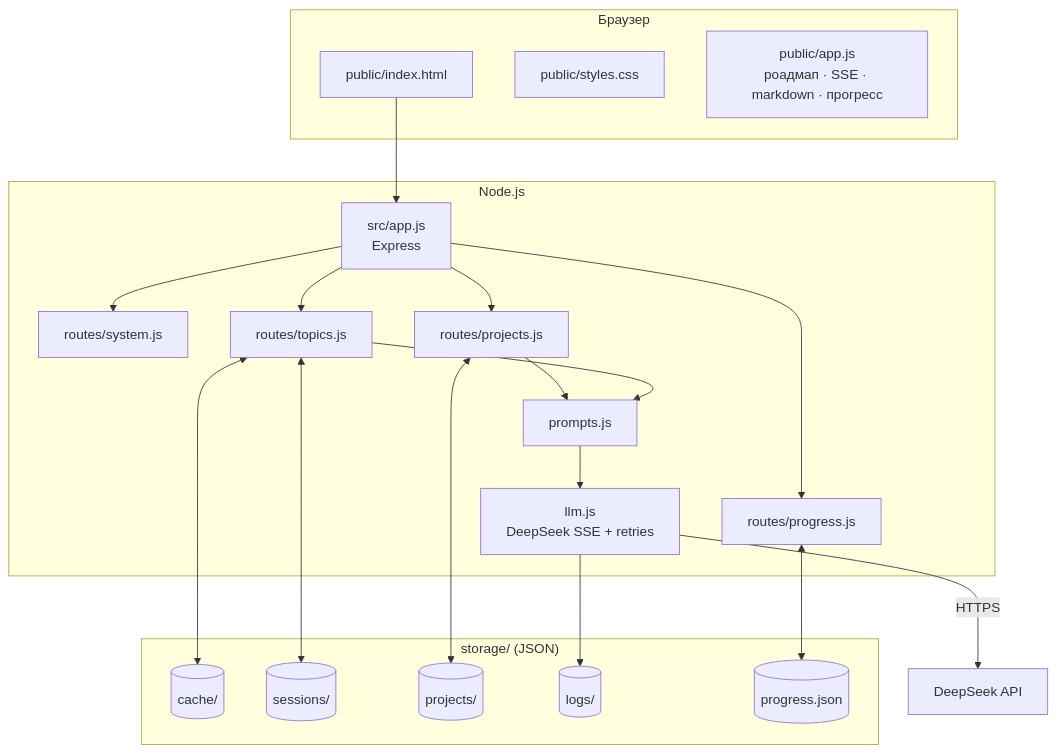
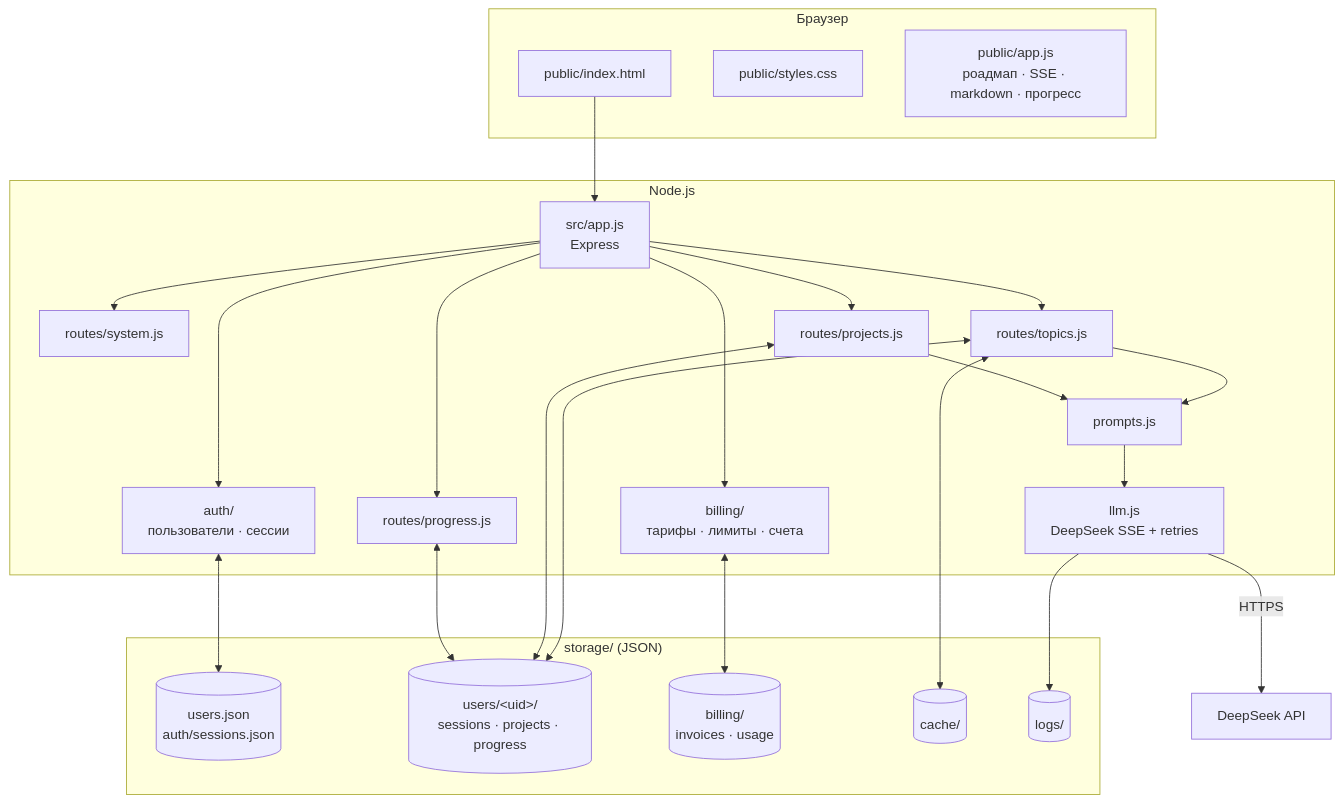
Before and after one commit to Qatrol/pathwright: the first of 2 diagrams in docs/ARCHITECTURE.md, drawn with Mermaid. The commit also changed other lines of this file and 41 other files, not shown here.

````diff
--- a/docs/ARCHITECTURE.md
+++ b/docs/ARCHITECTURE.md
@@ -7,36 +7,41 @@
 ```mermaid
 flowchart TB
   subgraph Browser["Браузер"]
     UI["public/index.html"]
     CSS["public/styles.css"]
     JS["public/app.js<br/>роадмап · SSE · markdown · прогресс"]
   end
 
   subgraph Server["Node.js"]
     APP["src/app.js<br/>Express"]
+    AUTH["auth/<br/>пользователи · сессии"]
+    BILL["billing/<br/>тарифы · лимиты · счета"]
     SYS["routes/system.js"]
     PRG["routes/progress.js"]
     TOP["routes/topics.js"]
     PRJ["routes/projects.js"]
     PROMPTS["prompts.js"]
     LLM["llm.js<br/>DeepSeek SSE + retries"]
   end
 
   subgraph Storage["storage/ (JSON)"]
+    USERS[("users.json<br/>auth/sessions.json")]
+    UDATA[("users/&lt;uid&gt;/<br/>sessions · projects · progress")]
+    BILLD[("billing/<br/>invoices · usage")]
     CACHE[("cache/")]
-    SESS[("sessions/")]
-    PROJ[("projects/")]
     LOGS[("logs/")]
-    PROG[("progress.json")]
   end
 
   UI --> APP
+  APP --> AUTH & BILL
   APP --> SYS & PRG & TOP & PRJ
+  AUTH <--> USERS
+  BILL <--> BILLD
   TOP & PRJ --> PROMPTS --> LLM
   LLM -->|HTTPS| DS["DeepSeek API"]
   TOP <--> CACHE
-  TOP <--> SESS
-  PRJ <--> PROJ
-  PRG <--> PROG
+  TOP <--> UDATA
+  PRJ <--> UDATA
+  PRG <--> UDATA
   LLM --> LOGS
 ```
````
